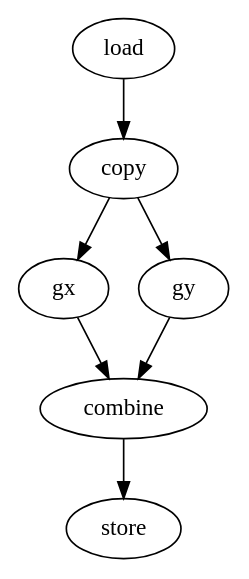
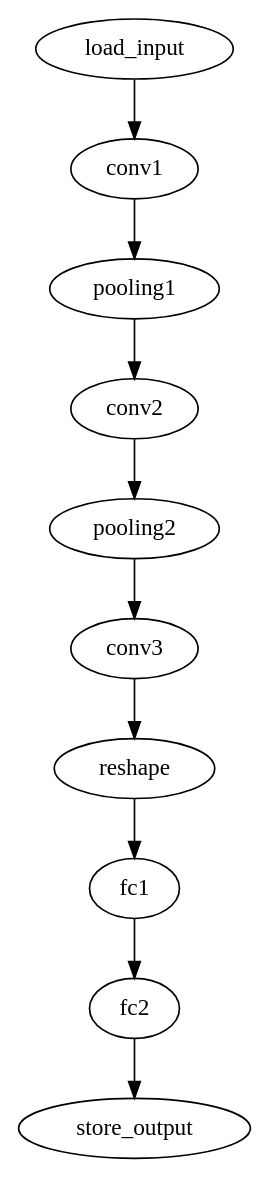
The diagram in sylva/bin/bind/app_graph.gv (silagokth/sylva-suite), drawn with Graphviz before and after one commit. The commit also changed 14 other files, not shown here.

```diff
--- a/sylva/bin/bind/app_graph.gv
+++ b/sylva/bin/bind/app_graph.gv
@@ -1,15 +1,22 @@
 // App Graph
 digraph {
-	load [label=load]
-	copy [label=copy]
-	gx [label=gx]
-	gy [label=gy]
-	combine [label=combine]
-	store [label=store]
-	load -> copy
-	copy -> gx
-	copy -> gy
-	gx -> combine
-	gy -> combine
-	combine -> store
+	load_input [label=load_input]
+	conv1 [label=conv1]
+	pooling1 [label=pooling1]
+	conv2 [label=conv2]
+	pooling2 [label=pooling2]
+	conv3 [label=conv3]
+	reshape [label=reshape]
+	fc1 [label=fc1]
+	fc2 [label=fc2]
+	store_output [label=store_output]
+	load_input -> conv1
+	conv1 -> pooling1
+	pooling1 -> conv2
+	conv2 -> pooling2
+	pooling2 -> conv3
+	conv3 -> reshape
+	reshape -> fc1
+	fc1 -> fc2
+	fc2 -> store_output
 }
```
